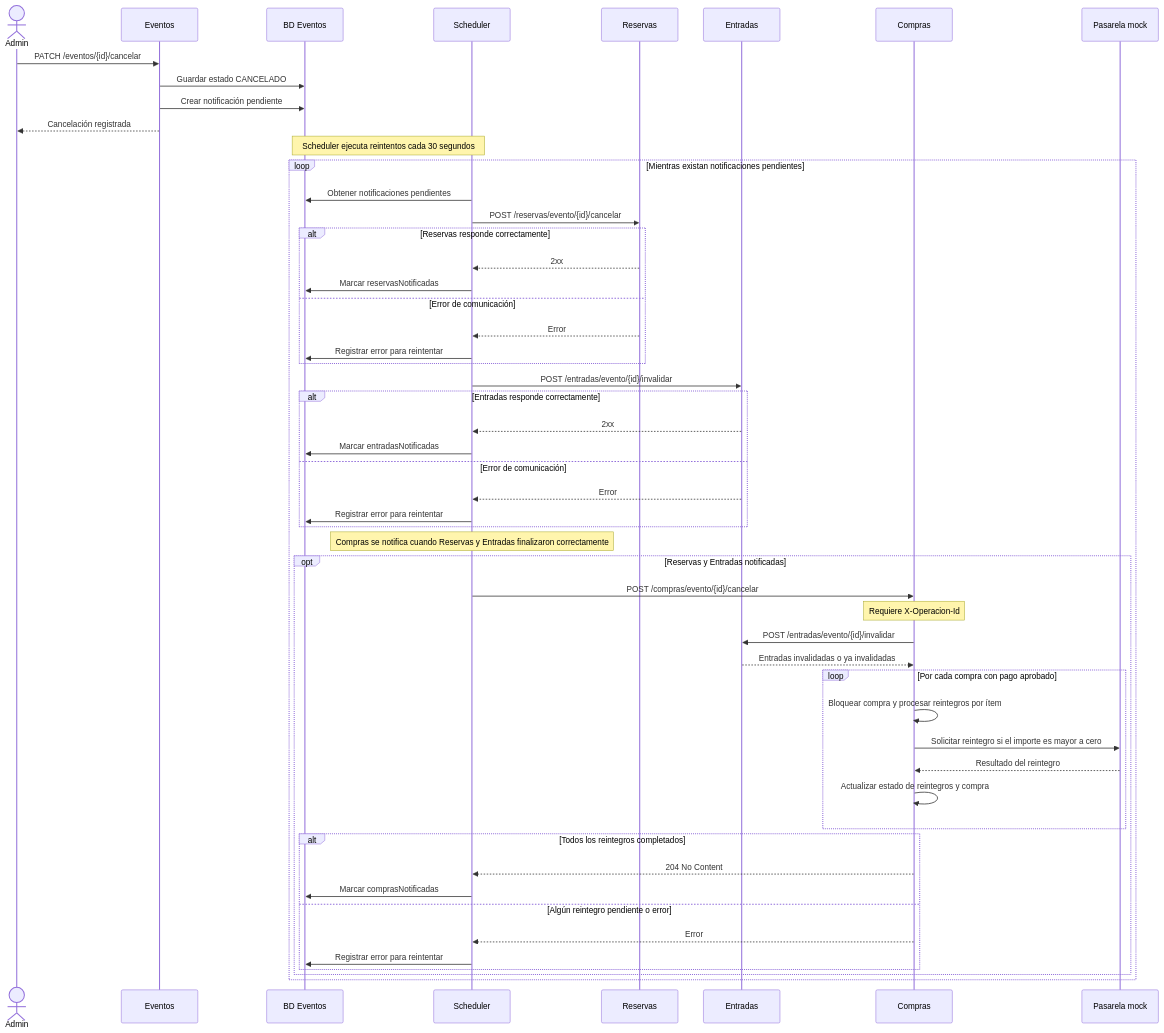
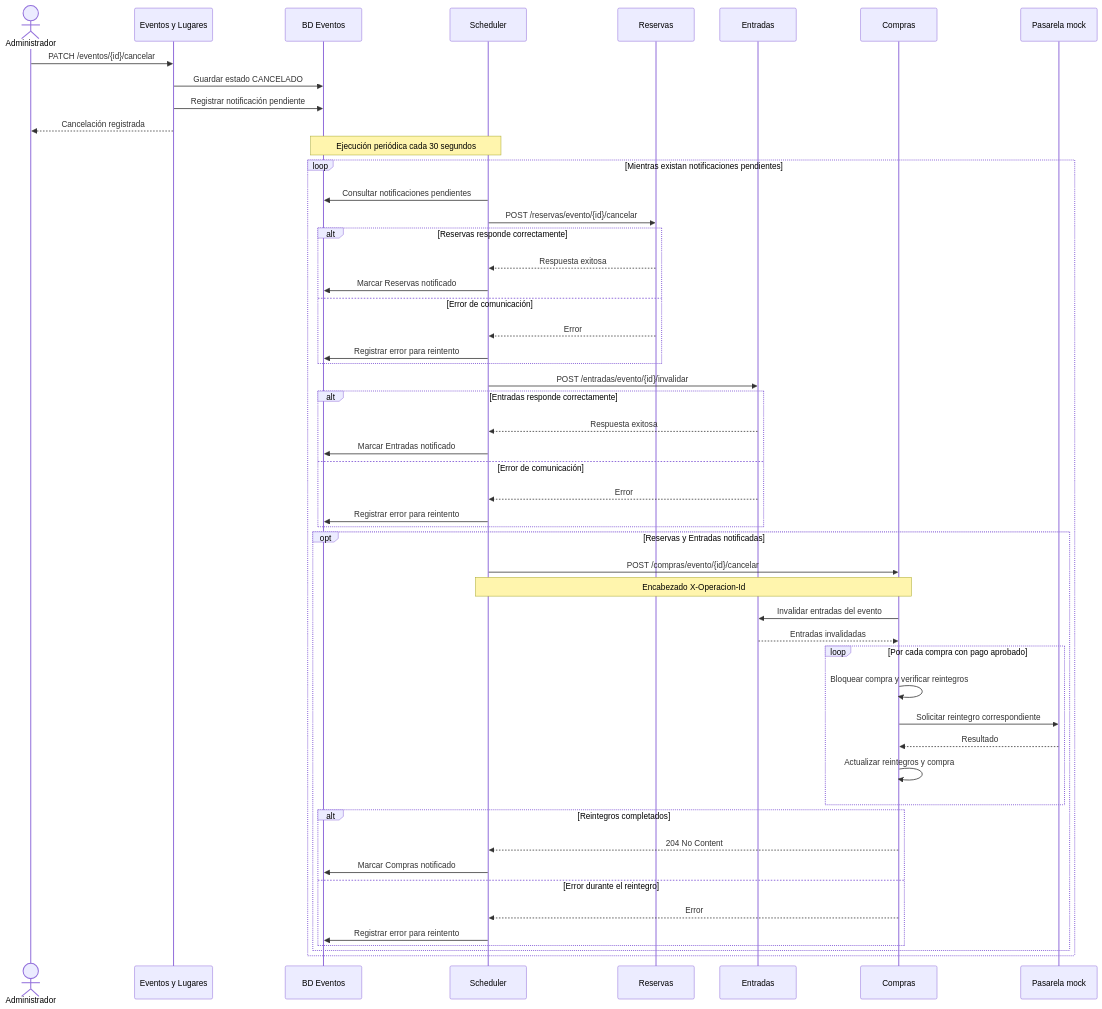
One commit to LuliDiNucci/arquitecturasGrupo12 changed the third of 3 diagrams in TPE-micro1/msvc-eventosylugares/docs/02-ARQUITECTURA-Y-DIAGRAMAS.md. Above: the diagram before and after it, drawn with Mermaid. The commit also changed other lines of this file and 41 other files, not shown here.

````diff
--- a/TPE-micro1/msvc-eventosylugares/docs/02-ARQUITECTURA-Y-DIAGRAMAS.md
+++ b/TPE-micro1/msvc-eventosylugares/docs/02-ARQUITECTURA-Y-DIAGRAMAS.md
@@ -88,64 +144,65 @@
 ```mermaid
 sequenceDiagram
-  actor Admin
-  participant E as Eventos
-  participant DB as BD Eventos
-  participant S as Scheduler
-  participant R as Reservas
-  participant T as Entradas
-  participant C as Compras
-  participant PC as Pasarela mock
+    actor Admin as Administrador
+    participant E as Eventos y Lugares
+    participant DB as BD Eventos
+    participant S as Scheduler
+    participant R as Reservas
+    participant T as Entradas
+    participant C as Compras
+    participant P as Pasarela mock
 
-  Admin->>E: PATCH /eventos/{id}/cancelar
-  E->>DB: Guardar estado CANCELADO
-  E->>DB: Crear notificación pendiente
-  E-->>Admin: Cancelación registrada
+    Admin->>E: PATCH /eventos/{id}/cancelar
+    E->>DB: Guardar estado CANCELADO
+    E->>DB: Registrar notificación pendiente
+    E-->>Admin: Cancelación registrada
 
-  Note over S,DB: Scheduler ejecuta reintentos cada 30 segundos
+    Note over S,DB: Ejecución periódica cada 30 segundos
 
-  loop Mientras existan notificaciones pendientes
-    S->>DB: Obtener notificaciones pendientes
+    loop Mientras existan notificaciones pendientes
+        S->>DB: Consultar notificaciones pendientes
 
-    S->>R: POST /reservas/evento/{id}/cancelar
-    alt Reservas responde correctamente
-      R-->>S: 2xx
-      S->>DB: Marcar reservasNotificadas
-    else Error de comunicación
-      R-->>S: Error
-      S->>DB: Registrar error para reintentar
+        S->>R: POST /reservas/evento/{id}/cancelar
+
+        alt Reservas responde correctamente
+            R-->>S: Respuesta exitosa
+            S->>DB: Marcar Reservas notificado
+        else Error de comunicación
+            R-->>S: Error
+            S->>DB: Registrar error para reintento
+        end
+
+        S->>T: POST /entradas/evento/{id}/invalidar
+
+        alt Entradas responde correctamente
+            T-->>S: Respuesta exitosa
+            S->>DB: Marcar Entradas notificado
+        else Error de comunicación
+            T-->>S: Error
+            S->>DB: Registrar error para reintento
+        end
+
+        opt Reservas y Entradas notificadas
+            S->>C: POST /compras/evento/{id}/cancelar
+            Note over S,C: Encabezado X-Operacion-Id
+
+            C->>T: Invalidar entradas del evento
+            T-->>C: Entradas invalidadas
+
+            loop Por cada compra con pago aprobado
+                C->>C: Bloquear compra y verificar reintegros
+                C->>P: Solicitar reintegro correspondiente
+                P-->>C: Resultado
+                C->>C: Actualizar reintegros y compra
+            end
+
+            alt Reintegros completados
+                C-->>S: 204 No Content
+                S->>DB: Marcar Compras notificado
+            else Error durante el reintegro
+                C-->>S: Error
+                S->>DB: Registrar error para reintento
+            end
+        end
     end
-
-    S->>T: POST /entradas/evento/{id}/invalidar
-    alt Entradas responde correctamente
-      T-->>S: 2xx
-      S->>DB: Marcar entradasNotificadas
-    else Error de comunicación
-      T-->>S: Error
-      S->>DB: Registrar error para reintentar
-    end
-
-    Note over S: Compras se notifica cuando Reservas y Entradas finalizaron correctamente
-
-    opt Reservas y Entradas notificadas
-      S->>C: POST /compras/evento/{id}/cancelar
-      Note over C: Requiere X-Operacion-Id
-      C->>T: POST /entradas/evento/{id}/invalidar
-      T-->>C: Entradas invalidadas o ya invalidadas
-
-      loop Por cada compra con pago aprobado
-        C->>C: Bloquear compra y procesar reintegros por ítem
-        C->>PC: Solicitar reintegro si el importe es mayor a cero
-        PC-->>C: Resultado del reintegro
-        C->>C: Actualizar estado de reintegros y compra
-      end
-
-      alt Todos los reintegros completados
-        C-->>S: 204 No Content
-        S->>DB: Marcar comprasNotificadas
-      else Algún reintegro pendiente o error
-        C-->>S: Error
-        S->>DB: Registrar error para reintentar
-      end
-    end
-  end
 ```
````
